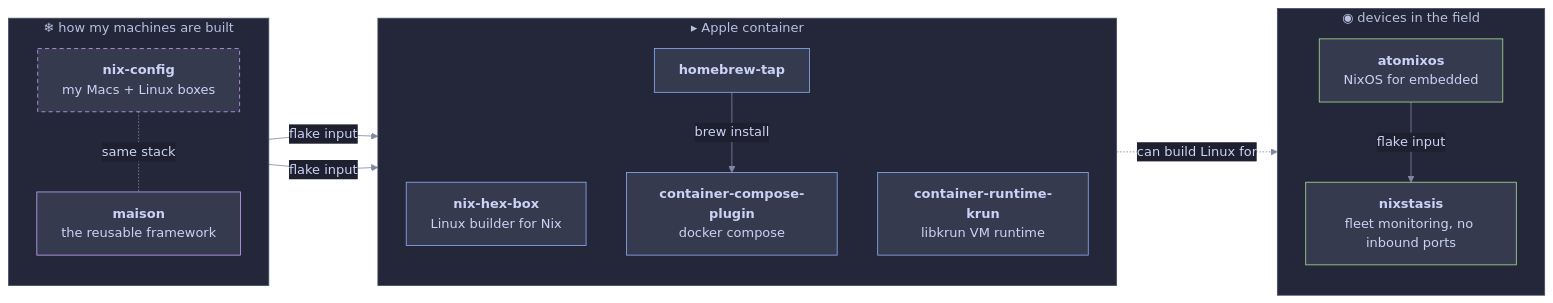
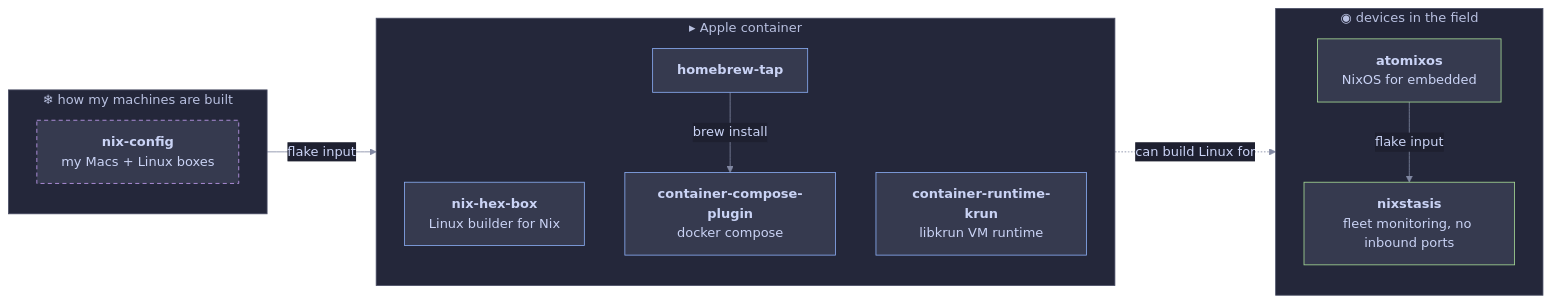
One commit to RobertDeRose/RobertDeRose changed the diagram in README.md. Above: the diagram before and after it, drawn with Mermaid. The commit also changed 1 other file, not shown here.

Commit message:
chore: limit diagram and release table to active projects

````diff
--- a/README.md
+++ b/README.md
@@ -17,36 +17,33 @@
 ```mermaid
 %%{init: {'theme':'base','themeVariables':{'primaryColor':'#363a4f','primaryTextColor':'#cad3f5','primaryBorderColor':'#8aadf4','lineColor':'#8087a2','clusterBkg':'#24273a','clusterBorder':'#494d64','titleColor':'#b8c0e0','edgeLabelBackground':'#1e2030','fontFamily':'ui-monospace, SFMono-Regular, Menlo, monospace'}}}%%
 flowchart LR
   subgraph cfg["❄ how my machines are built"]
     direction TB
     nixcfg["<b>nix-config</b><br/>my Macs + Linux boxes"]
-    maison["<b>maison</b><br/>the reusable framework"]
   end
   subgraph mac["▸ Apple container"]
     direction TB
     hex["<b>nix-hex-box</b><br/>Linux builder for Nix"]
     compose["<b>container-compose-plugin</b><br/>docker compose"]
     krun["<b>container-runtime-krun</b><br/>libkrun VM runtime"]
     tap["<b>homebrew-tap</b>"]
   end
   subgraph fleet["◉ devices in the field"]
     direction TB
     atomix["<b>atomixos</b><br/>NixOS for embedded"]
     stasis["<b>nixstasis</b><br/>fleet monitoring, no inbound ports"]
   end
   nixcfg -- flake input --> hex
-  maison -- flake input --> hex
-  nixcfg -. same stack .- maison
   tap -- brew install --> compose
   atomix -- flake input --> stasis
   hex -. can build Linux for .-> atomix
 
   classDef c fill:#363a4f,stroke:#c6a0f6,color:#cad3f5
   classDef m fill:#363a4f,stroke:#8aadf4,color:#cad3f5
   classDef f fill:#363a4f,stroke:#a6da95,color:#cad3f5
   classDef priv stroke-dasharray:5 4
-  class nixcfg,maison c
+  class nixcfg c
   class hex,compose,krun,tap m
   class atomix,stasis f
   class nixcfg priv
 ```
````
